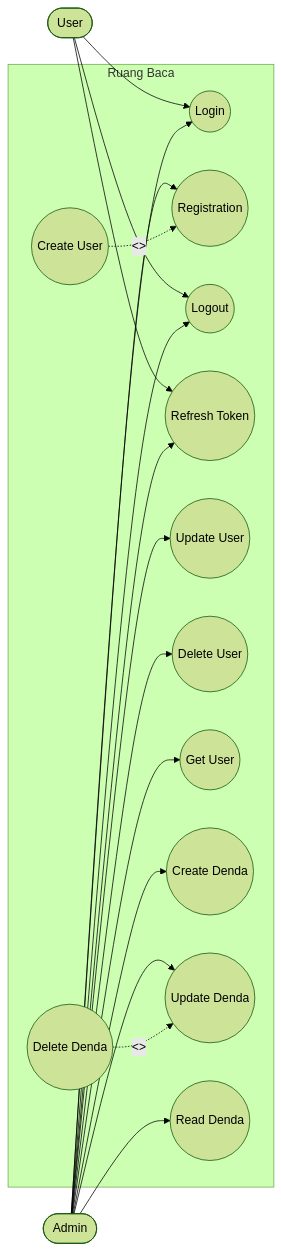
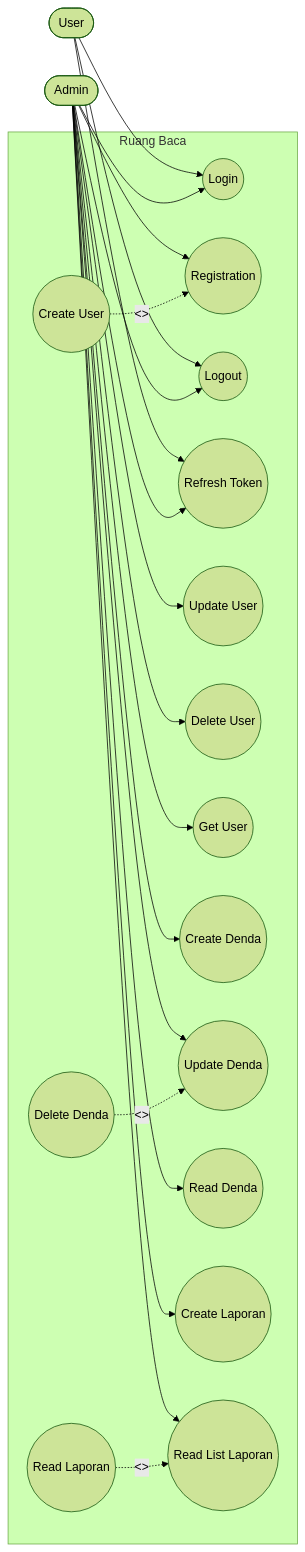
The diagram in docs/uml/src/diagrams/list-diagrams/use-case.mmd (dimstyle/ruang-baca), drawn with Mermaid (forest theme) before and after one commit. The commit also changed 12 other files, not shown here.

Commit message:
feat(admins): implement laporan gates, sql queries, logging, unit tests, and uml diagrams

```diff
--- a/docs/uml/src/diagrams/list-diagrams/use-case.mmd
+++ b/docs/uml/src/diagrams/list-diagrams/use-case.mmd
@@ -1,38 +1,44 @@
 flowchart LR
     user(["User"])
     admin(["Admin"])
 
     subgraph system["Ruang Baca"]
         login(("Login"))
         register(("Registration"))
         createUser(("Create User"))
         logout(("Logout"))
         refreshToken(("Refresh Token"))
         updateUser(("Update User"))
         deleteUser(("Delete User"))
         getUser(("Get User"))
         createDenda(("Create Denda"))
         updateDenda(("Update Denda"))
         deleteDenda(("Delete Denda"))
         readDenda(("Read Denda"))
+        createLaporan(("Create Laporan"))
+        readLaporan(("Read Laporan"))
+        readListLaporan(("Read List Laporan"))
     end
 
     user --> login
     user --> logout
     user --> refreshToken
 
     admin --> login
     admin --> register
     admin --> logout
     admin --> refreshToken
     admin --> updateUser
     admin --> deleteUser
     admin --> getUser
     admin --> createDenda
     admin --> updateDenda
     admin --> readDenda
+    admin --> createLaporan
+    admin --> readListLaporan
 
     createUser -. "<<extend>>" .-> register
     deleteDenda -. "<<extend>>" .-> updateDenda
+    readLaporan -. "<<extend>>" .-> readListLaporan
 
-    class login,register,createUser,logout,refreshToken,updateUser,deleteUser,getUser,createDenda,updateDenda,deleteDenda,readDenda usecase
+    class login,register,createUser,logout,refreshToken,updateUser,deleteUser,getUser,createDenda,updateDenda,deleteDenda,readDenda,createLaporan,readLaporan,readListLaporan usecase
```
